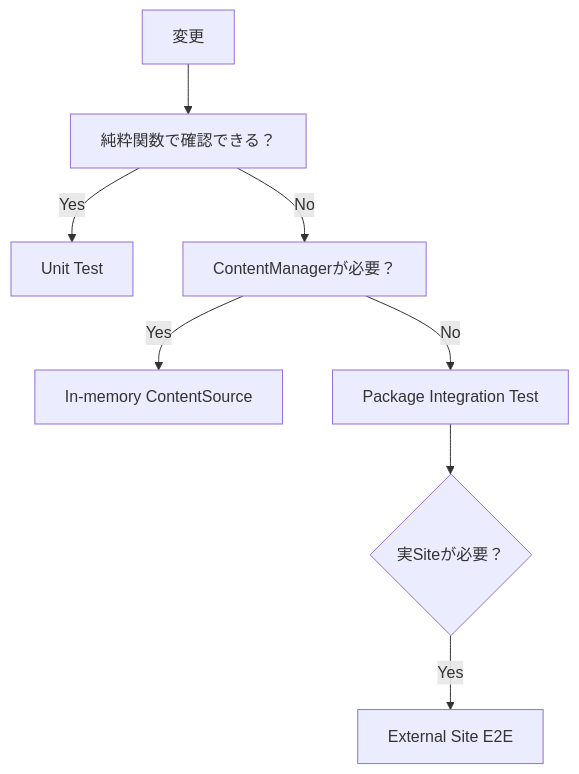
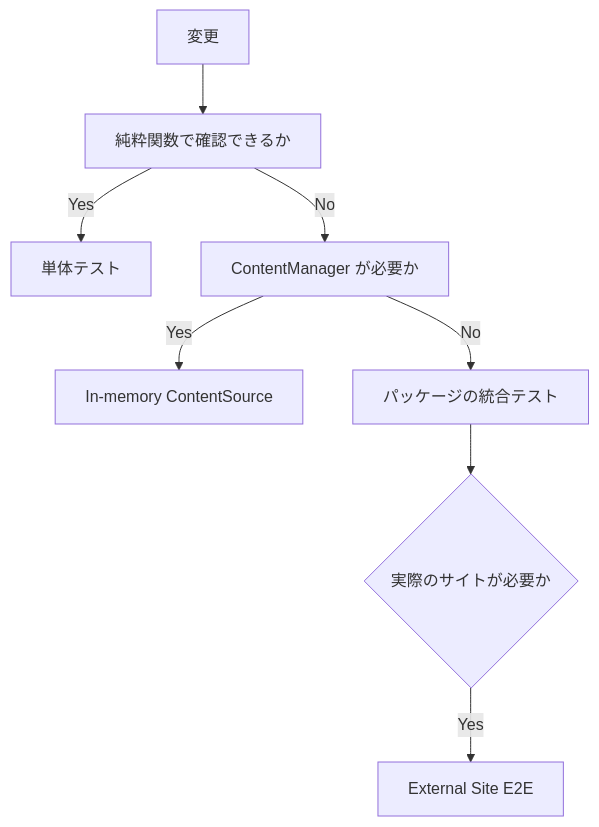
The fifth of 6 diagrams in docs/docs/framework/testing.ja.md (Rerurate514/riebeckite), drawn with Mermaid before and after one commit. The commit also changed other lines of this file and 310 other files, not shown here.

````diff
--- a/docs/docs/framework/testing.ja.md
+++ b/docs/docs/framework/testing.ja.md
@@ -623,14 +479,14 @@
 ```mermaid
 flowchart TD
     Change["変更"]
 
-    Change --> Pure["純粋関数で確認できる？"]
-    Pure -->|Yes| Unit["Unit Test"]
-    Pure -->|No| Content["ContentManagerが必要？"]
+    Change --> Pure["純粋関数で確認できるか"]
+    Pure -->|Yes| Unit["単体テスト"]
+    Pure -->|No| Content["ContentManager が必要か"]
 
     Content -->|Yes| Manager["In-memory ContentSource"]
-    Content -->|No| Package["Package Integration Test"]
+    Content -->|No| Package["パッケージの統合テスト"]
 
-    Package --> Site{"実Siteが必要？"}
+    Package --> Site{"実際のサイトが必要か"}
     Site -->|Yes| E2E["External Site E2E"]
 ```
````
